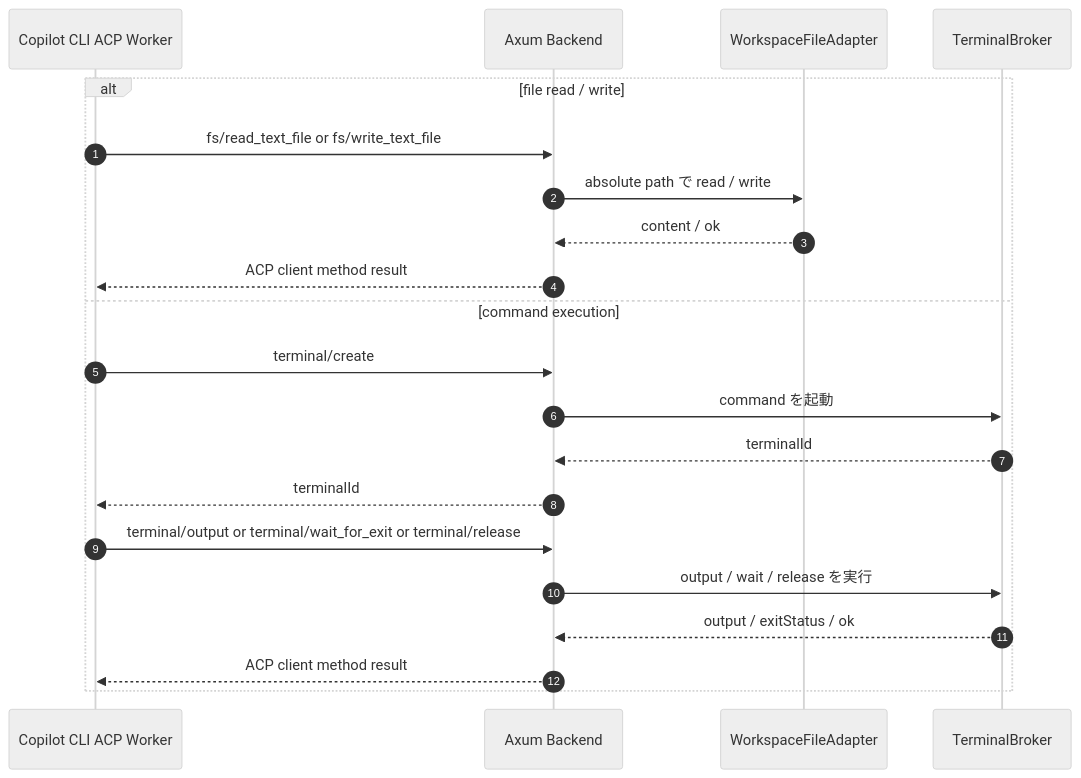
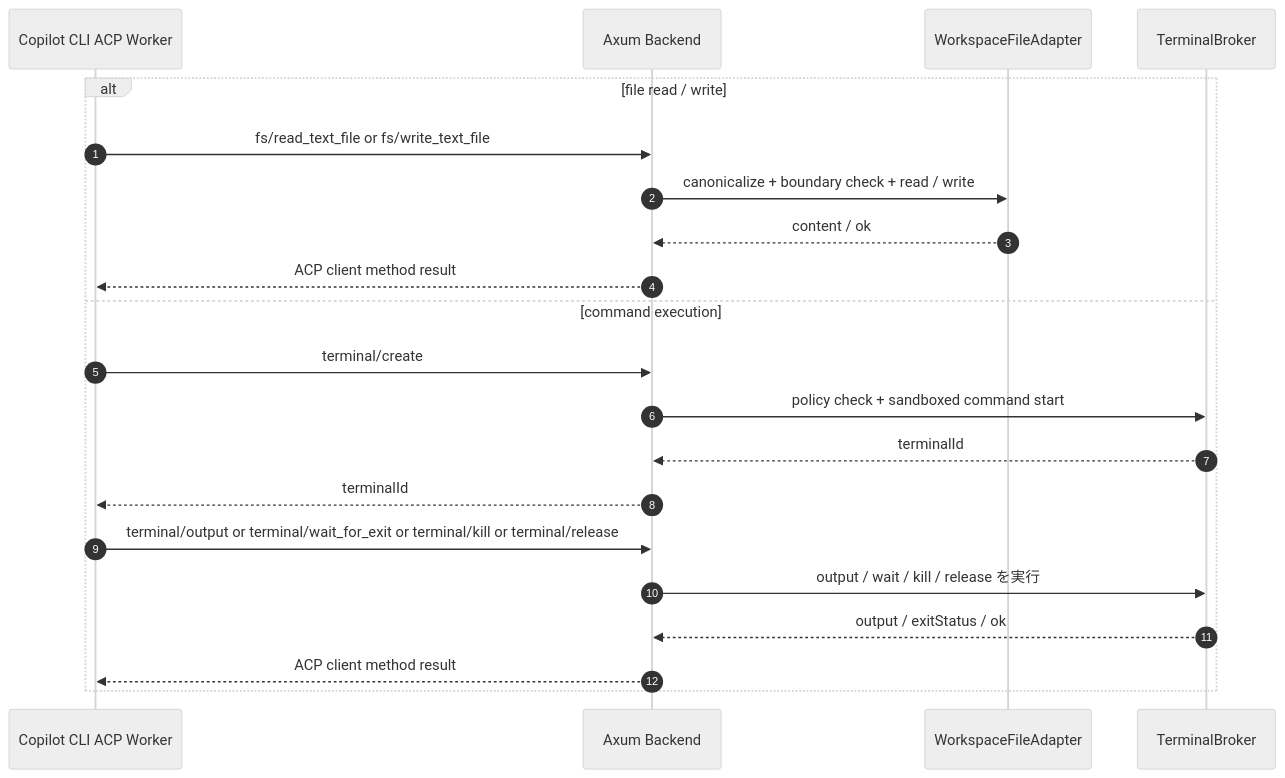
Diagram 11 of 12 in docs/explanation/acp-web-cli-architecture.md (chalharu/copilot-sandbox-container), drawn with Mermaid (neutral theme) before and after one commit. The commit also changed other lines of this file, not shown here.

````diff
--- a/docs/explanation/acp-web-cli-architecture.md
+++ b/docs/explanation/acp-web-cli-architecture.md
@@ -539,24 +585,24 @@
 ```mermaid
 sequenceDiagram
     autonumber
     participant Worker as Copilot CLI ACP Worker
     participant Backend as Axum Backend
     participant WorkspaceFS as WorkspaceFileAdapter
     participant TerminalBroker as TerminalBroker
 
     alt file read / write
         Worker->>Backend: fs/read_text_file or fs/write_text_file
-        Backend->>WorkspaceFS: absolute path で read / write
+        Backend->>WorkspaceFS: canonicalize + boundary check + read / write
         WorkspaceFS-->>Backend: content / ok
         Backend-->>Worker: ACP client method result
     else command execution
         Worker->>Backend: terminal/create
-        Backend->>TerminalBroker: command を起動
+        Backend->>TerminalBroker: policy check + sandboxed command start
         TerminalBroker-->>Backend: terminalId
         Backend-->>Worker: terminalId
-        Worker->>Backend: terminal/output or terminal/wait_for_exit or terminal/release
-        Backend->>TerminalBroker: output / wait / release を実行
+        Worker->>Backend: terminal/output or terminal/wait_for_exit or terminal/kill or terminal/release
+        Backend->>TerminalBroker: output / wait / kill / release を実行
         TerminalBroker-->>Backend: output / exitStatus / ok
         Backend-->>Worker: ACP client method result
     end
 ```
````
